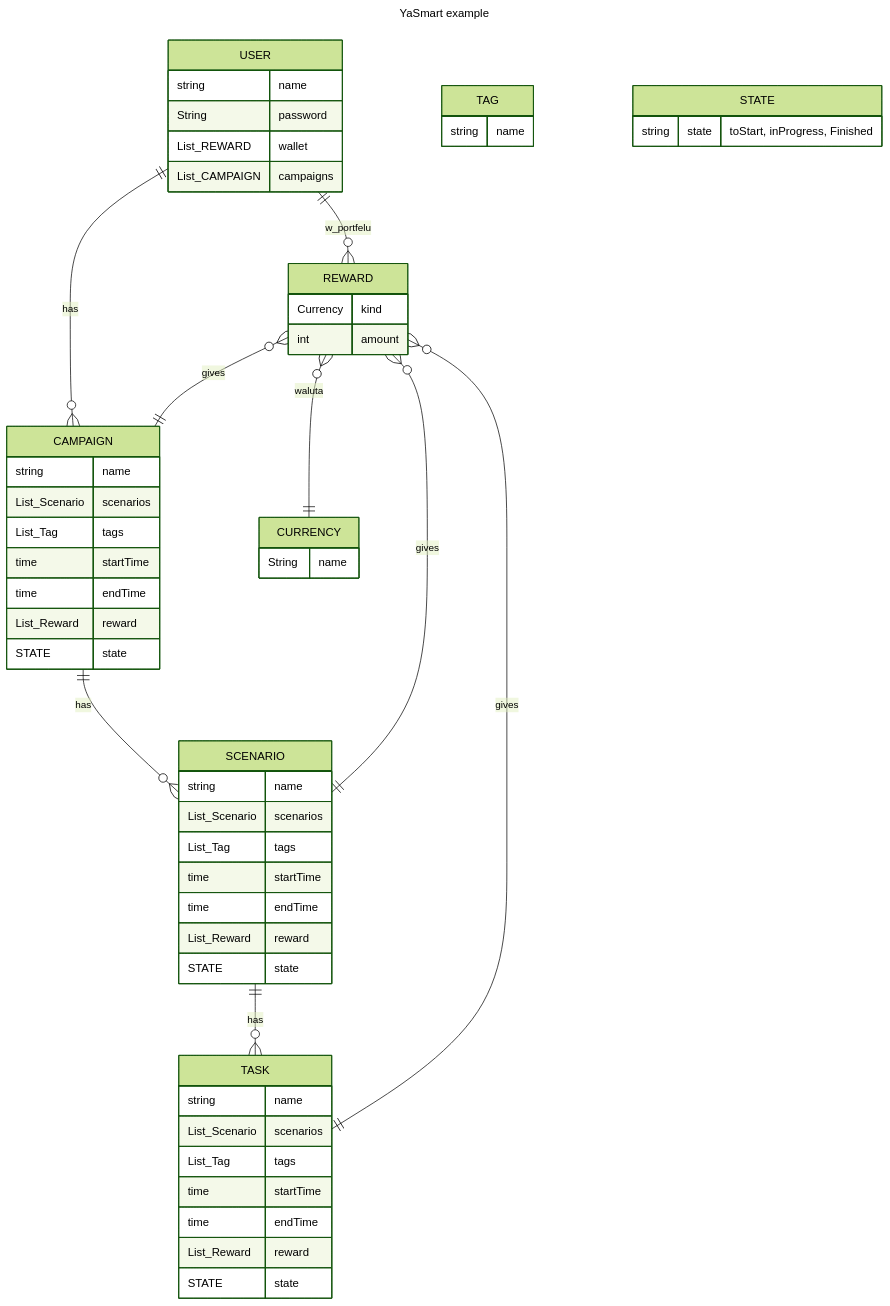
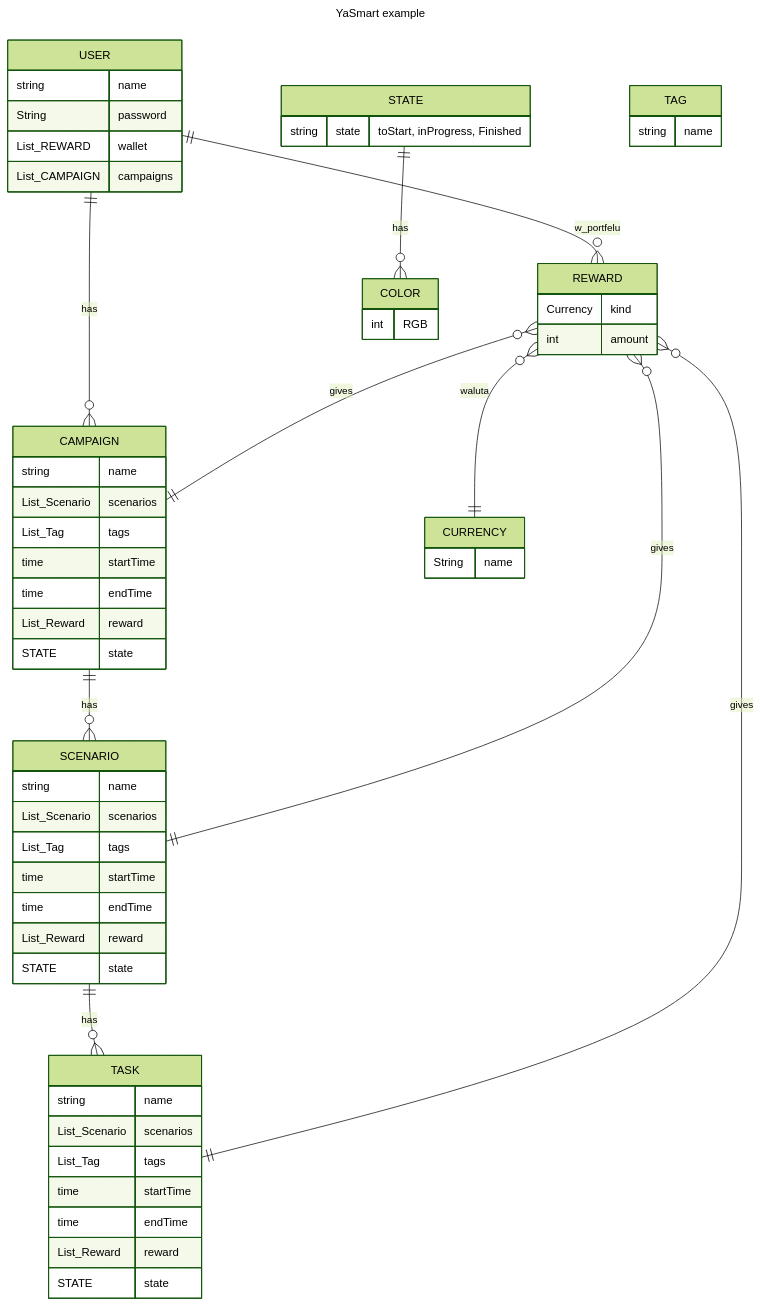
The diagram in idee.md (pikolinianita/YaSmart), drawn with Mermaid before and after one commit. The commit also changed other lines of this file, not shown here.

````diff
--- a/idee.md
+++ b/idee.md
@@ -21,61 +21,65 @@
 ```mermaid
 ---
 title: YaSmart example
 ---
 %%{init: {'theme':'forest'}}%%
 erDiagram
  USER ||--o{ CAMPAIGN : has
 CAMPAIGN ||--o{ SCENARIO : has
 SCENARIO ||--o{ TASK : has
  REWARD }o--|| CURRENCY : waluta
 REWARD }o--|| CAMPAIGN : gives
 REWARD }o--|| SCENARIO : gives
 REWARD }o--|| TASK : gives
  USER ||--o{ REWARD : w_portfelu
+STATE ||--o{ COLOR: has
     USER {
     string name
     String password
     List_REWARD wallet
     List_CAMPAIGN campaigns    
     }
 REWARD {
     Currency kind
     int amount
     }
 CURRENCY {
     String name
     }
 CAMPAIGN{
 string name
 List_Scenario scenarios
 List_Tag tags
 time startTime
 time endTime
 List_Reward reward
 STATE state
 }
 SCENARIO {
 string name
 List_Scenario scenarios
 List_Tag tags
 time startTime
 time endTime
 List_Reward reward
 STATE state
 }
 TASK{
 string name
 List_Scenario scenarios
 List_Tag tags
 time startTime
 time endTime
 List_Reward reward
 STATE state
 }
 TAG {
 string name
 }
 STATE {
 string state "toStart, inProgress, Finished"
 }
+COLOR{
+int RGB
+}
 ```
````
